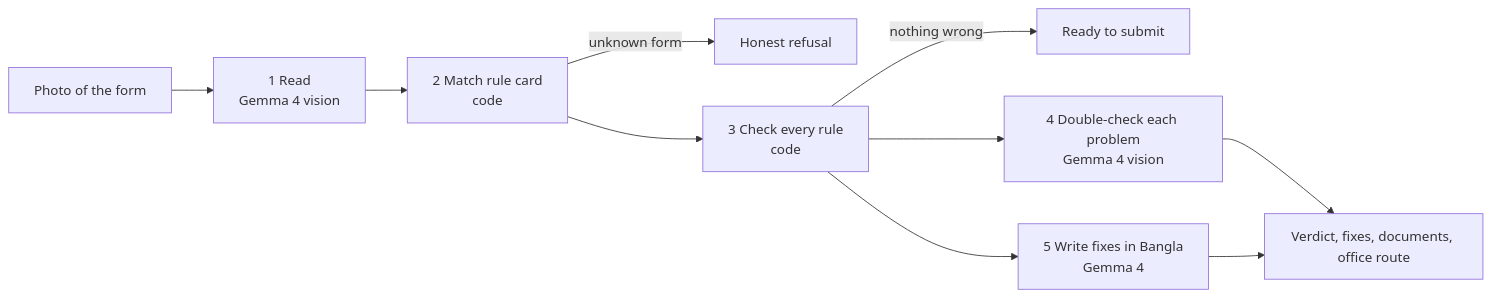
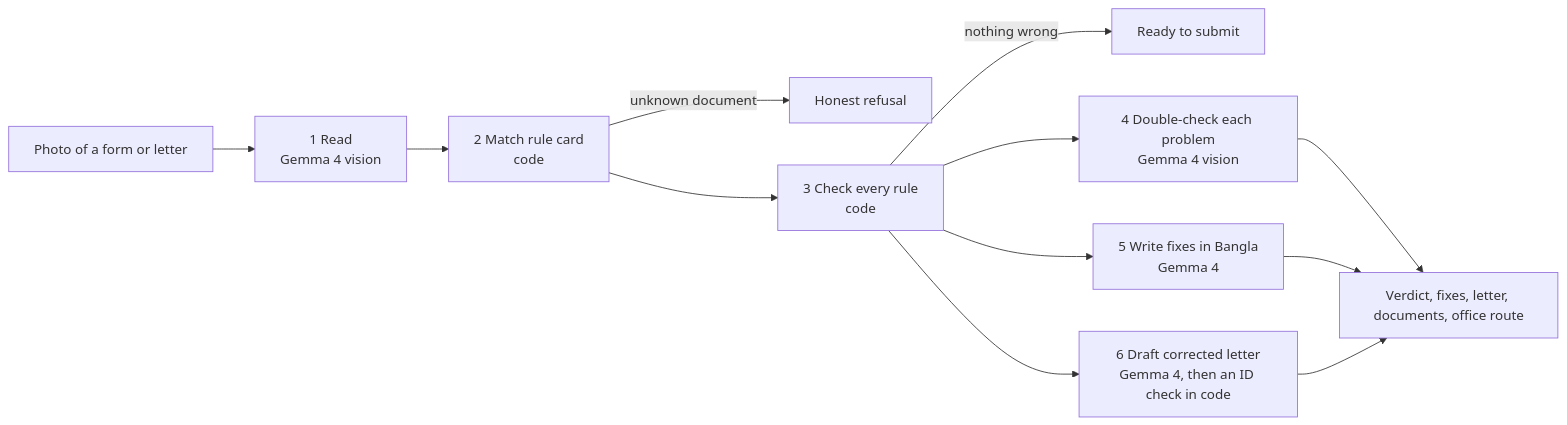
Before and after one commit to ai-naymul/formbondhu: the diagram in README.md, drawn with Mermaid. The commit also changed other lines of this file and 6 other files, not shown here.

````diff
--- a/README.md
+++ b/README.md
@@ -25,12 +29,14 @@
 ```mermaid
 flowchart LR
-  A[Photo of the form] --> B["1 Read<br/>Gemma 4 vision"]
+  A[Photo of a form or letter] --> B["1 Read<br/>Gemma 4 vision"]
   B --> C["2 Match rule card<br/>code"]
-  C -- unknown form --> X[Honest refusal]
+  C -- unknown document --> X[Honest refusal]
   C --> D["3 Check every rule<br/>code"]
   D -- nothing wrong --> R[Ready to submit]
   D --> E["4 Double-check each problem<br/>Gemma 4 vision"]
   D --> F["5 Write fixes in Bangla<br/>Gemma 4"]
-  E --> V[Verdict, fixes, documents, office route]
+  D --> G["6 Draft corrected letter<br/>Gemma 4, then an ID check in code"]
+  E --> V[Verdict, fixes, letter, documents, office route]
   F --> V
+  G --> V
 ```
````
